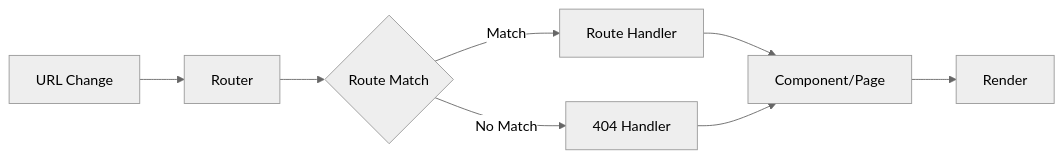
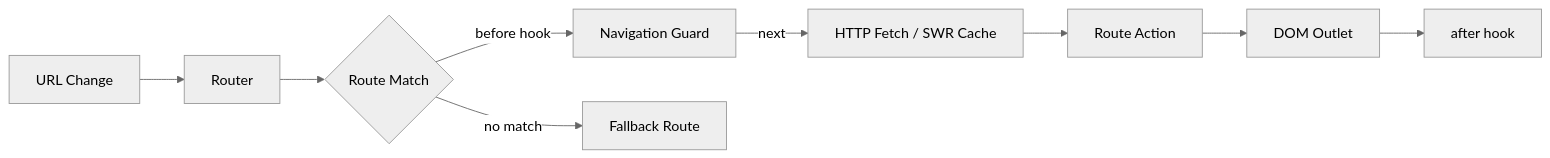
One commit to medyll/idae changed the diagram in packages/idae-router/README.md. Above: the diagram before and after it, drawn with Mermaid (neutral theme). The commit also changed other lines of this file and 17 other files, not shown here.

````diff
--- a/packages/idae-router/README.md
+++ b/packages/idae-router/README.md
@@ -7,10 +26,11 @@
 ```mermaid
 graph LR
     A[URL Change] --> B[Router]
     B --> C{Route Match}
-    C -->|Match| D[Route Handler]
-    C -->|No Match| E[404 Handler]
-    D --> F[Component/Page]
-    E --> F
-    F --> G[Render]
+    C -->|before hook| D[Navigation Guard]
+    D -->|next| E[HTTP Fetch / SWR Cache]
+    E --> F[Route Action]
+    F --> G[DOM Outlet]
+    G --> H[after hook]
+    C -->|no match| I[Fallback Route]
 ```
````
